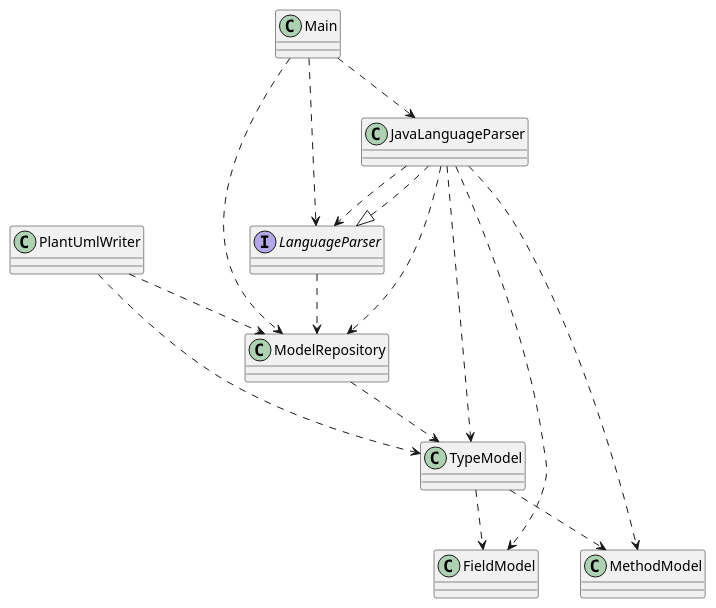
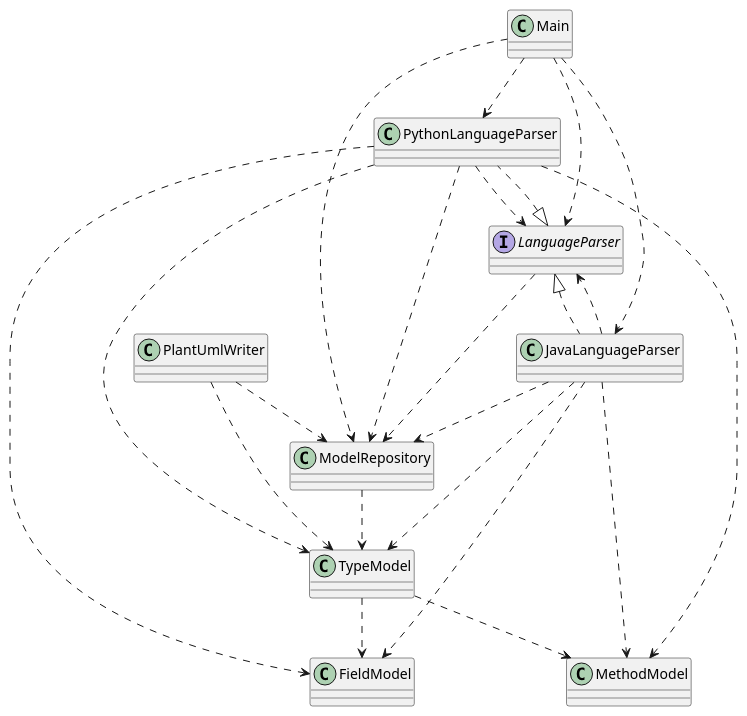
One commit to nLaykon/PlantUmlGenerator changed the diagram in src/main/java/org/laykon/diagram.puml. Above: the diagram before and after it, drawn with PlantUML. The commit also changed 3 other files, not shown here.

```diff
--- a/src/main/java/org/laykon/diagram.puml
+++ b/src/main/java/org/laykon/diagram.puml
@@ -1,29 +1,37 @@
 @startuml
 
+class PythonLanguageParser
 class ModelRepository
 class MethodModel
 class JavaLanguageParser
 interface LanguageParser
 class PlantUmlWriter
 class TypeModel
 class FieldModel
 class Main
 
+LanguageParser <|.. PythonLanguageParser
 LanguageParser <|.. JavaLanguageParser
 
+PythonLanguageParser ..> MethodModel
+PythonLanguageParser ..> LanguageParser
+PythonLanguageParser ..> TypeModel
+PythonLanguageParser ..> ModelRepository
+PythonLanguageParser ..> FieldModel
 ModelRepository ..> TypeModel
 JavaLanguageParser ..> MethodModel
 JavaLanguageParser ..> LanguageParser
 JavaLanguageParser ..> TypeModel
 JavaLanguageParser ..> ModelRepository
 JavaLanguageParser ..> FieldModel
 LanguageParser ..> ModelRepository
 PlantUmlWriter ..> ModelRepository
 PlantUmlWriter ..> TypeModel
 TypeModel ..> MethodModel
 TypeModel ..> FieldModel
-Main ..> ModelRepository
+Main ..> PythonLanguageParser
 Main ..> JavaLanguageParser
 Main ..> LanguageParser
+Main ..> ModelRepository
 
 @enduml
```
